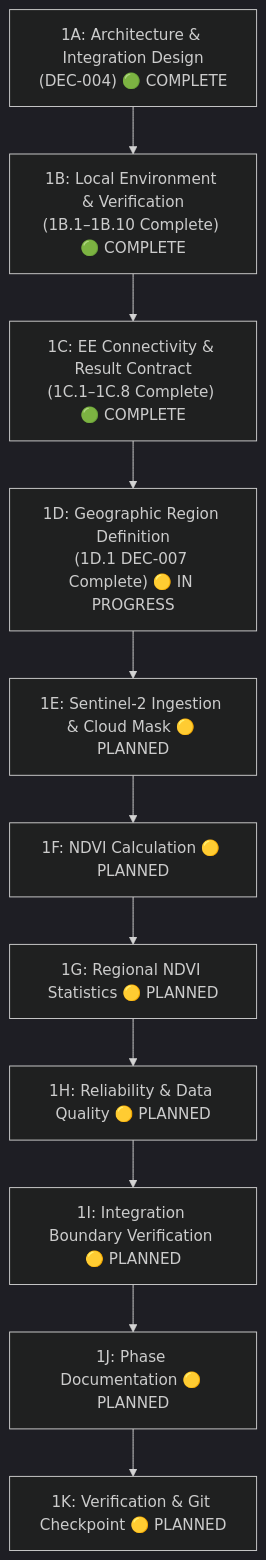
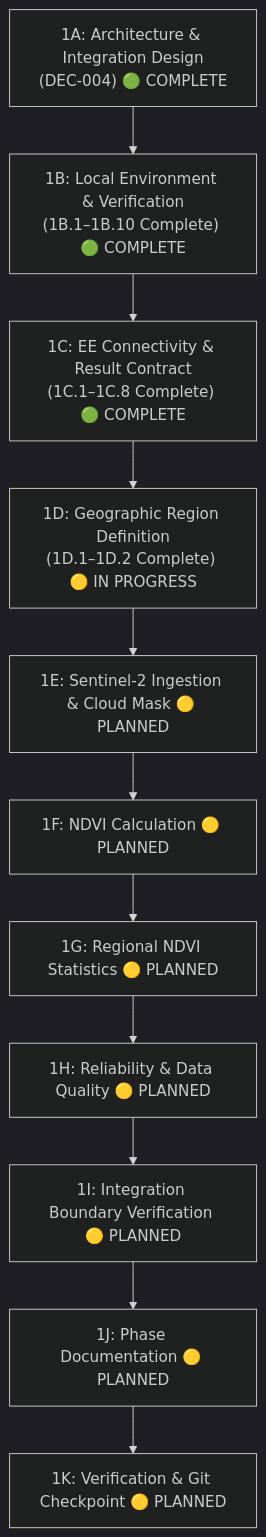
Before and after one commit to Kushagra-Dixit-0906/bharatsahayak-v2: the diagram in docs/phases/PHASE_01_EARTH_ENGINE_FOUNDATION.md, drawn with Mermaid (dark theme). The commit also changed other lines of this file and 6 other files, not shown here.

Commit message:
build: implement geographic analysis region

````diff
--- a/docs/phases/PHASE_01_EARTH_ENGINE_FOUNDATION.md
+++ b/docs/phases/PHASE_01_EARTH_ENGINE_FOUNDATION.md
@@ -69,13 +70,13 @@
 ```mermaid
 graph TD
     S1A["1A: Architecture & Integration Design\n(DEC-004) 🟢 COMPLETE"] --> S1B["1B: Local Environment & Verification\n(1B.1–1B.10 Complete) 🟢 COMPLETE"]
     S1B --> S1C["1C: EE Connectivity & Result Contract\n(1C.1–1C.8 Complete) 🟢 COMPLETE"]
-    S1C --> S1D["1D: Geographic Region Definition\n(1D.1 DEC-007 Complete) 🟡 IN PROGRESS"]
+    S1C --> S1D["1D: Geographic Region Definition\n(1D.1–1D.2 Complete) 🟡 IN PROGRESS"]
     S1D --> S1E["1E: Sentinel-2 Ingestion & Cloud Mask 🟡 PLANNED"]
     S1E --> S1F["1F: NDVI Calculation 🟡 PLANNED"]
     S1F --> S1G["1G: Regional NDVI Statistics 🟡 PLANNED"]
     S1G --> S1H["1H: Reliability & Data Quality 🟡 PLANNED"]
     S1H --> S1I["1I: Integration Boundary Verification 🟡 PLANNED"]
     S1I --> S1J["1J: Phase Documentation 🟡 PLANNED"]
     S1J --> S1K["1K: Verification & Git Checkpoint 🟡 PLANNED"]
 ```
````
